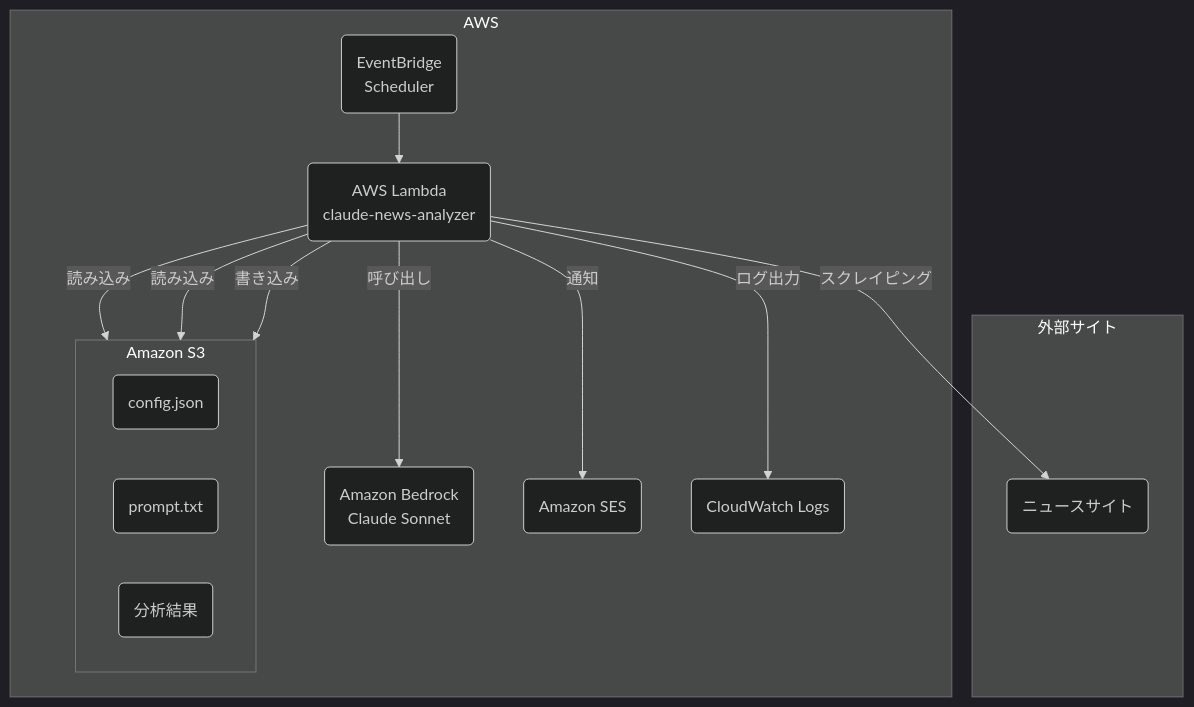
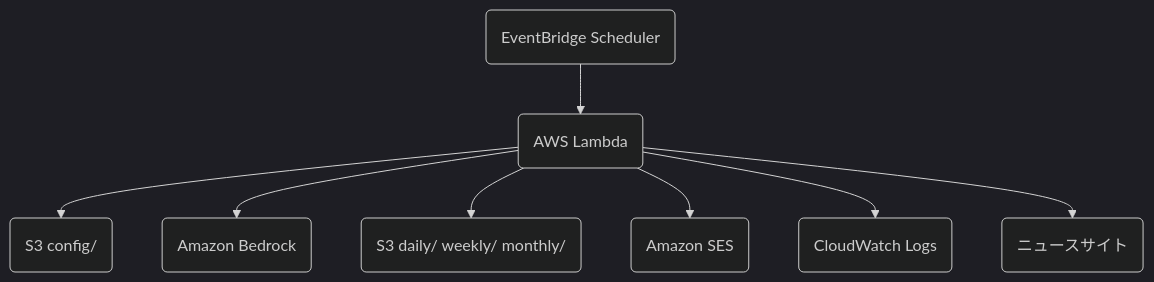
The diagram in README.md (KillerBee-0826/bedrock-news-analyzer), drawn with Mermaid (dark theme) before and after one commit. The commit also changed other lines of this file and 9 other files, not shown here.

````diff
--- a/README.md
+++ b/README.md
@@ -9,26 +7,10 @@
 ```mermaid
 graph TD
-    subgraph AWS
-        EventBridge(EventBridge<br/>Scheduler) --> Lambda(AWS Lambda<br/>claude-news-analyzer)
-        
-        subgraph "Amazon S3"
-            direction LR
-            S3Config(config.json)
-            S3Prompt(prompt.txt)
-            S3Responses(分析結果)
-        end
-
-        Lambda -- 読み込み --> S3Config
-        Lambda -- 読み込み --> S3Prompt
-        Lambda -- 呼び出し --> Bedrock(Amazon Bedrock<br/>Claude Sonnet)
-        Lambda -- 書き込み --> S3Responses
-        Lambda -- 通知 --> SES(Amazon SES)
-        Lambda -- ログ出力 --> CloudWatch(CloudWatch Logs)
-    end
-
-    subgraph "外部サイト"
-        NewsSites(ニュースサイト)
-    end
-
-    Lambda -- スクレイピング --> NewsSites
+    EventBridge(EventBridge Scheduler) --> Lambda(AWS Lambda)
+    Lambda --> S3Config(S3 config/)
+    Lambda --> Bedrock(Amazon Bedrock)
+    Lambda --> S3Output(S3 daily/ weekly/ monthly/)
+    Lambda --> SES(Amazon SES)
+    Lambda --> CloudWatch(CloudWatch Logs)
+    Lambda --> NewsSites(ニュースサイト)
 ```
````
